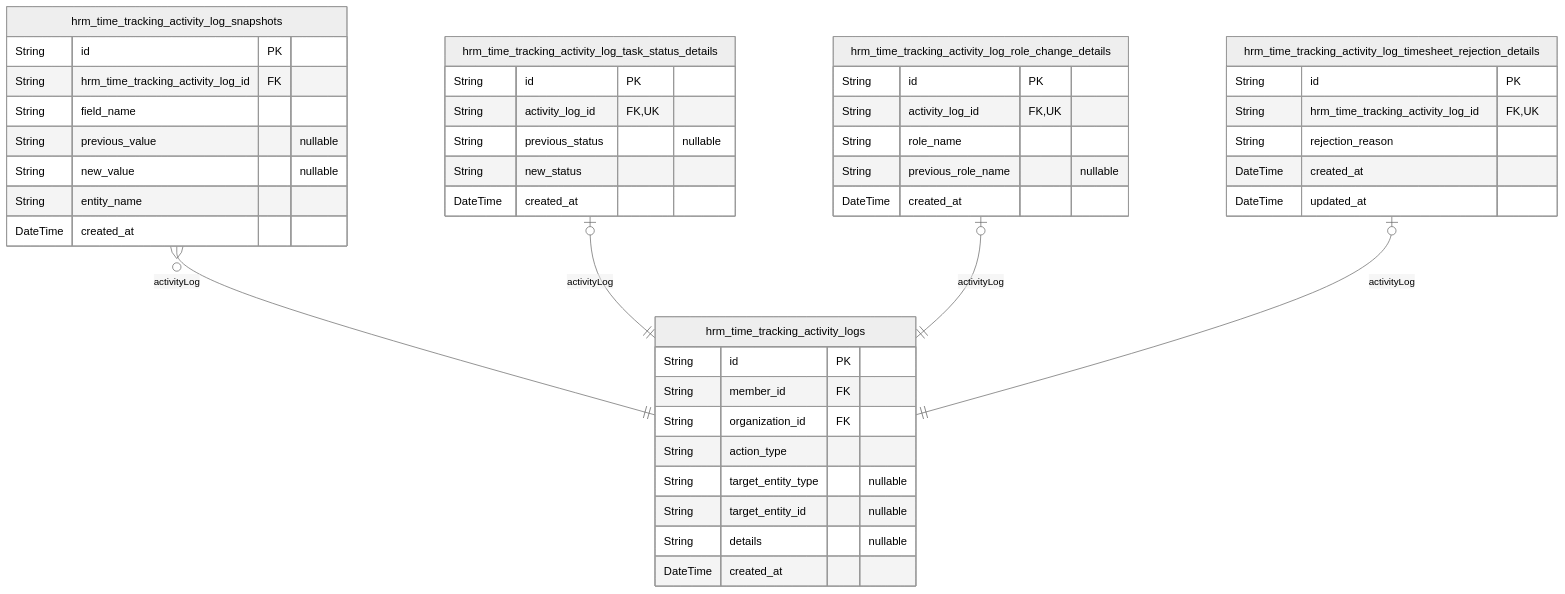
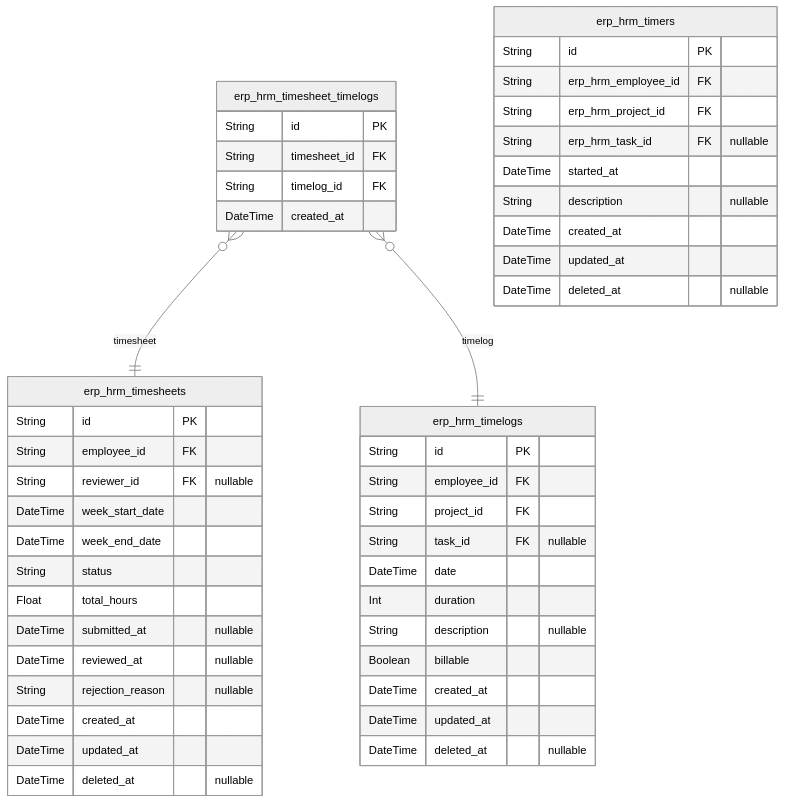
One commit to wrtnlabs/autobe-examples changed the eighth of 10 diagrams in z-ai/glm-5/erp/docs/ERD.md. Above: the diagram before and after it, drawn with Mermaid (neutral theme). The commit also changed other lines of this file and 3761 other files, not shown here.

````diff
--- a/z-ai/glm-5/erp/docs/ERD.md
+++ b/z-ai/glm-5/erp/docs/ERD.md
@@ -1164,47 +860,50 @@
 ```mermaid
 erDiagram
-"hrm_time_tracking_activity_logs" {
+"erp_hrm_timelogs" {
   String id PK
-  String member_id FK
-  String organization_id FK
-  String action_type
-  String target_entity_type "nullable"
-  String target_entity_id "nullable"
-  String details "nullable"
+  String employee_id FK
+  String project_id FK
+  String task_id FK "nullable"
+  DateTime date
+  Int duration
+  String description "nullable"
+  Boolean billable
+  DateTime created_at
+  DateTime updated_at
+  DateTime deleted_at "nullable"
+}
+"erp_hrm_timesheets" {
+  String id PK
+  String employee_id FK
+  String reviewer_id FK "nullable"
+  DateTime week_start_date
+  DateTime week_end_date
+  String status
+  Float total_hours
+  DateTime submitted_at "nullable"
+  DateTime reviewed_at "nullable"
+  String rejection_reason "nullable"
+  DateTime created_at
+  DateTime updated_at
+  DateTime deleted_at "nullable"
+}
+"erp_hrm_timesheet_timelogs" {
+  String id PK
+  String timesheet_id FK
+  String timelog_id FK
   DateTime created_at
 }
-"hrm_time_tracking_activity_log_snapshots" {
+"erp_hrm_timers" {
   String id PK
-  String hrm_time_tracking_activity_log_id FK
-  String field_name
-  String previous_value "nullable"
-  String new_value "nullable"
-  String entity_name
-  DateTime created_at
-}
-"hrm_time_tracking_activity_log_task_status_details" {
-  String id PK
-  String activity_log_id FK,UK
-  String previous_status "nullable"
-  String new_status
-  DateTime created_at
-}
-"hrm_time_tracking_activity_log_role_change_details" {
-  String id PK
-  String activity_log_id FK,UK
-  String role_name
-  String previous_role_name "nullable"
-  DateTime created_at
-}
-"hrm_time_tracking_activity_log_timesheet_rejection_details" {
-  String id PK
-  String hrm_time_tracking_activity_log_id FK,UK
-  String rejection_reason
+  String erp_hrm_employee_id FK
+  String erp_hrm_project_id FK
+  String erp_hrm_task_id FK "nullable"
+  DateTime started_at
+  String description "nullable"
   DateTime created_at
   DateTime updated_at
+  DateTime deleted_at "nullable"
 }
-"hrm_time_tracking_activity_log_snapshots" }o--|| "hrm_time_tracking_activity_logs" : activityLog
-"hrm_time_tracking_activity_log_task_status_details" |o--|| "hrm_time_tracking_activity_logs" : activityLog
-"hrm_time_tracking_activity_log_role_change_details" |o--|| "hrm_time_tracking_activity_logs" : activityLog
-"hrm_time_tracking_activity_log_timesheet_rejection_details" |o--|| "hrm_time_tracking_activity_logs" : activityLog
+"erp_hrm_timesheet_timelogs" }o--|| "erp_hrm_timesheets" : timesheet
+"erp_hrm_timesheet_timelogs" }o--|| "erp_hrm_timelogs" : timelog
 ```
````
